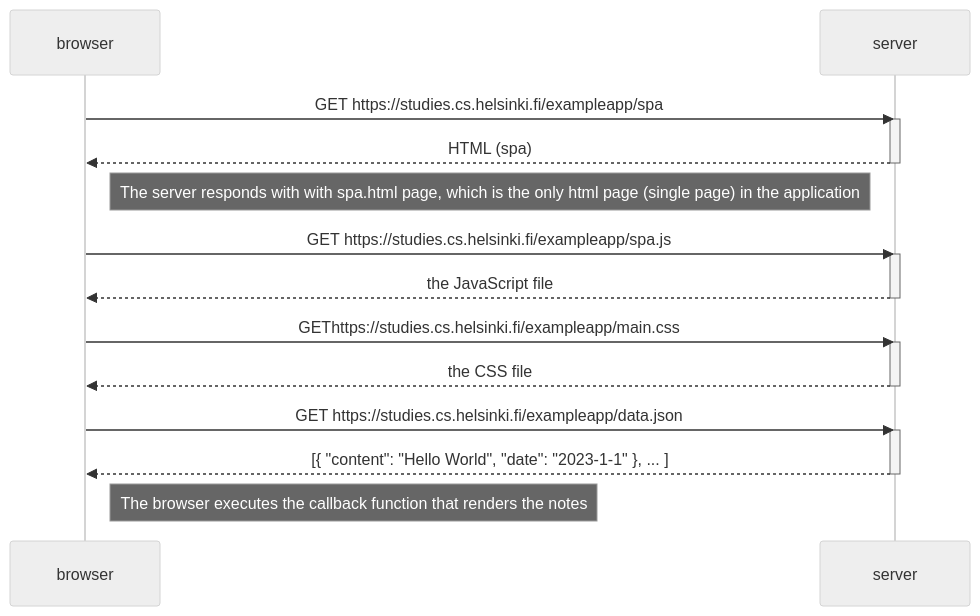
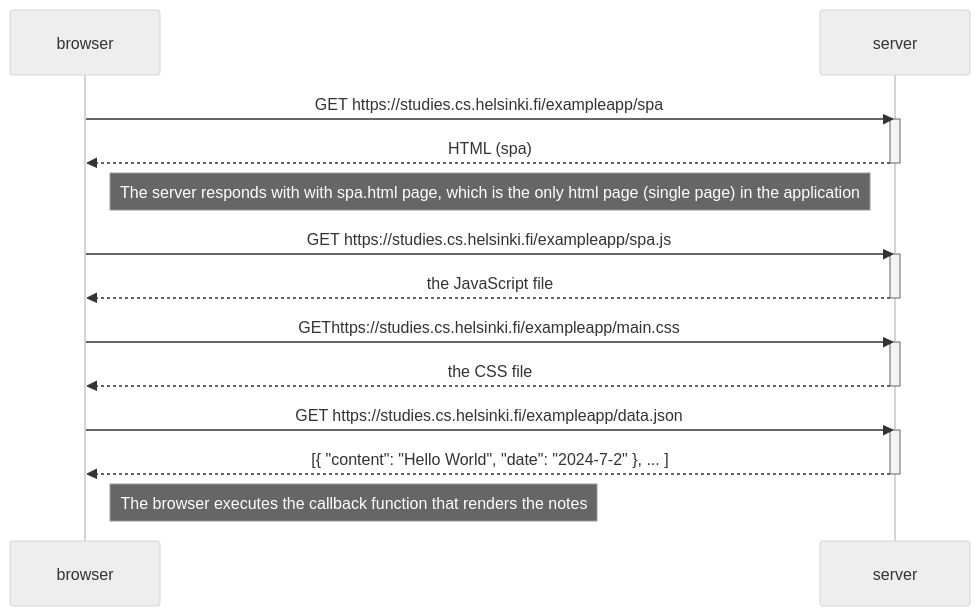
Before and after one commit to AdiYohanes/fullstack-open: the second of 3 diagrams in part-0/new-note-diagram.md, drawn with Mermaid (neutral theme).

Commit message:
part0-second

````diff
--- a/part-0/new-note-diagram.md
+++ b/part-0/new-note-diagram.md
@@ -43,31 +43,31 @@
 ```mermaid
 sequenceDiagram
     participant browser
     participant server
 
     browser->>server: GET https://studies.cs.helsinki.fi/exampleapp/spa
     activate server
     server-->>browser: HTML (spa)
     deactivate server
 
     Note right of browser: The server responds with with spa.html page, which is the only html page (single page) in the application  
     
     browser->>server: GET https://studies.cs.helsinki.fi/exampleapp/spa.js
     activate server
     server-->>browser: the JavaScript file
     deactivate server
 
     browser->>server: GEThttps://studies.cs.helsinki.fi/exampleapp/main.css
     activate server
     server-->>browser: the CSS file
     deactivate server
 
 
 
     browser->>server: GET https://studies.cs.helsinki.fi/exampleapp/data.json
     activate server
-    server-->>browser: [{ "content": "Hello World", "date": "2023-1-1" }, ... ]
+    server-->>browser: [{ "content": "Hello World", "date": "2024-7-2" }, ... ]
     deactivate server
 
     Note right of browser: The browser executes the callback function that renders the notes
 ```
````
